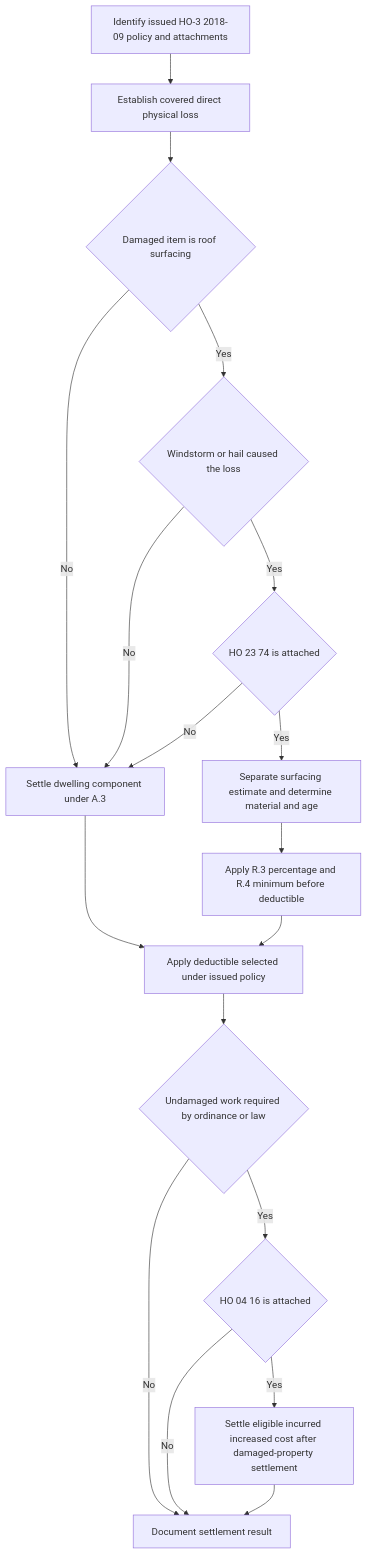
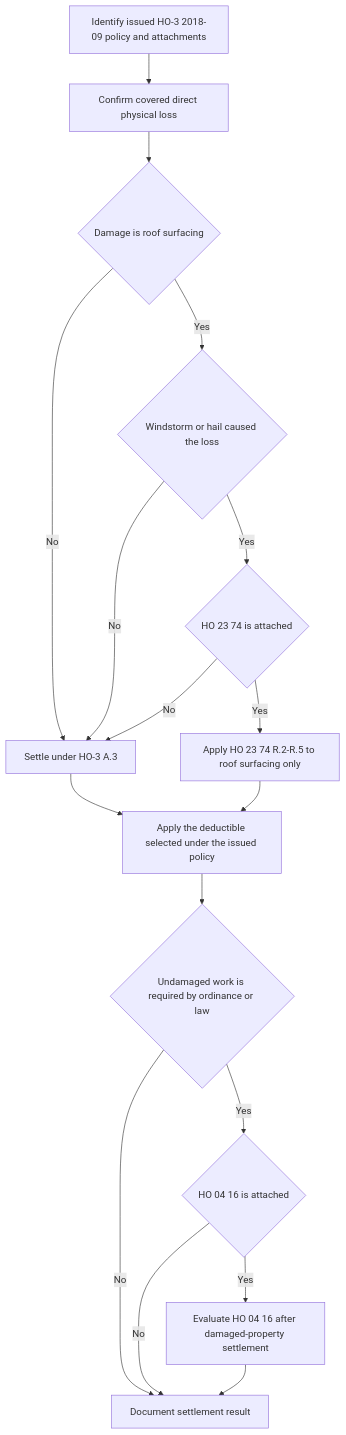
One commit to eugeneliu-86/openwiki-insurance-corpus changed the diagram in openwiki/coverage/coverage-a/roof-settlement.md. Above: the diagram before and after it, drawn with Mermaid. The commit also changed other lines of this file and 51 other files, not shown here.

````diff
--- a/openwiki/coverage/coverage-a/roof-settlement.md
+++ b/openwiki/coverage/coverage-a/roof-settlement.md
@@ -51,20 +50,19 @@
 ```mermaid
 flowchart TD
-    Start["Identify issued HO-3 2018-09 policy and attachments"] --> Coverage["Establish covered direct physical loss"]
-    Coverage --> Scope{"Damaged item is roof surfacing"}
-    Scope -- No --> Base["Settle dwelling component under A.3"]
+    Start["Identify issued HO-3 2018-09 policy and attachments"] --> Coverage["Confirm covered direct physical loss"]
+    Coverage --> Scope{"Damage is roof surfacing"}
+    Scope -- No --> Base["Settle under HO-3 A.3"]
     Scope -- Yes --> Peril{"Windstorm or hail caused the loss"}
     Peril -- No --> Base
     Peril -- Yes --> ScheduleAttached{"HO 23 74 is attached"}
     ScheduleAttached -- No --> Base
-    ScheduleAttached -- Yes --> Separate["Separate surfacing estimate and determine material and age"]
-    Separate --> Rate["Apply R.3 percentage and R.4 minimum before deductible"]
-    Rate --> Deductible["Apply deductible selected under issued policy"]
-    Base --> Deductible
-    Deductible --> Code{"Undamaged work required by ordinance or law"}
+    ScheduleAttached -- Yes --> Schedule["Apply HO 23 74 R.2-R.5 to roof surfacing only"]
+    Base --> Deductible["Apply the deductible selected under the issued policy"]
+    Schedule --> Deductible
+    Deductible --> Code{"Undamaged work is required by ordinance or law"}
     Code -- No --> Outcome["Document settlement result"]
     Code -- Yes --> OrdinanceAttached{"HO 04 16 is attached"}
     OrdinanceAttached -- No --> Outcome
-    OrdinanceAttached -- Yes --> Ordinance["Settle eligible incurred increased cost after damaged-property settlement"]
+    OrdinanceAttached -- Yes --> Ordinance["Evaluate HO 04 16 after damaged-property settlement"]
     Ordinance --> Outcome
 ```
````
